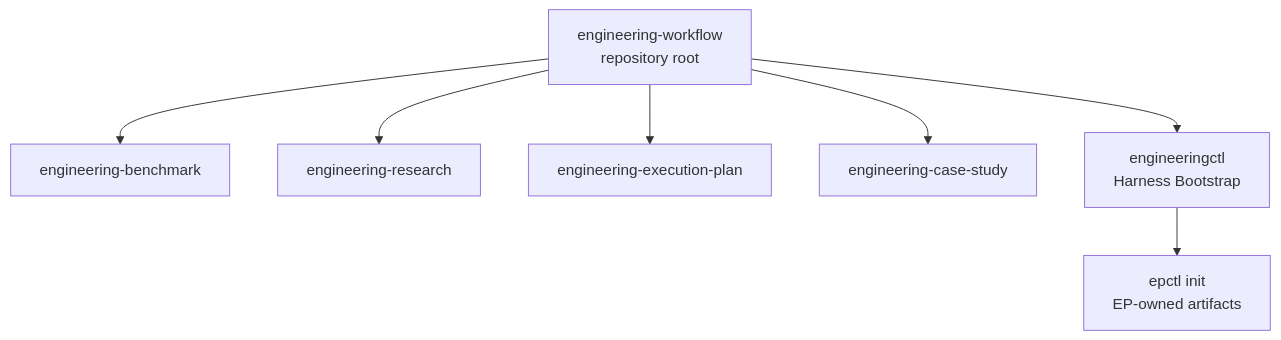
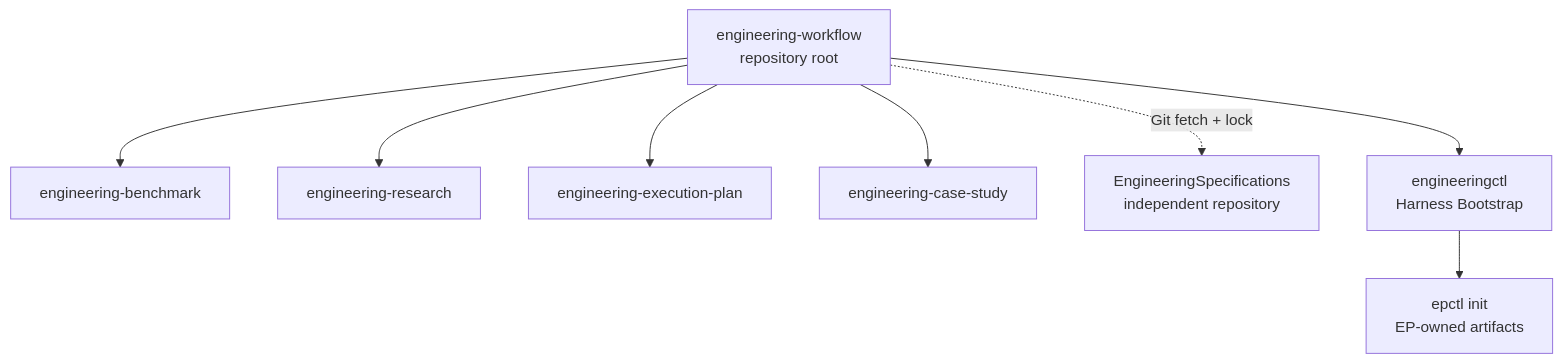
The diagram in docs/design-docs/engineering-workflow-packaging.md (XiaoWeiKIN/RepoFoundryAI), drawn with Mermaid before and after one commit. The commit also changed other lines of this file and 52 other files, not shown here.

````diff
--- a/docs/design-docs/engineering-workflow-packaging.md
+++ b/docs/design-docs/engineering-workflow-packaging.md
@@ -21,10 +30,11 @@
 ```mermaid
 flowchart TB
     W["engineering-workflow<br/>repository root"]
     W --> B["engineering-benchmark"]
     W --> R["engineering-research"]
     W --> E["engineering-execution-plan"]
     W --> C["engineering-case-study"]
+    W -.->|"Git fetch + lock"| S["EngineeringSpecifications<br/>independent repository"]
     W --> H["engineeringctl<br/>Harness Bootstrap"]
     H --> I["epctl init<br/>EP-owned artifacts"]
 ```
````
